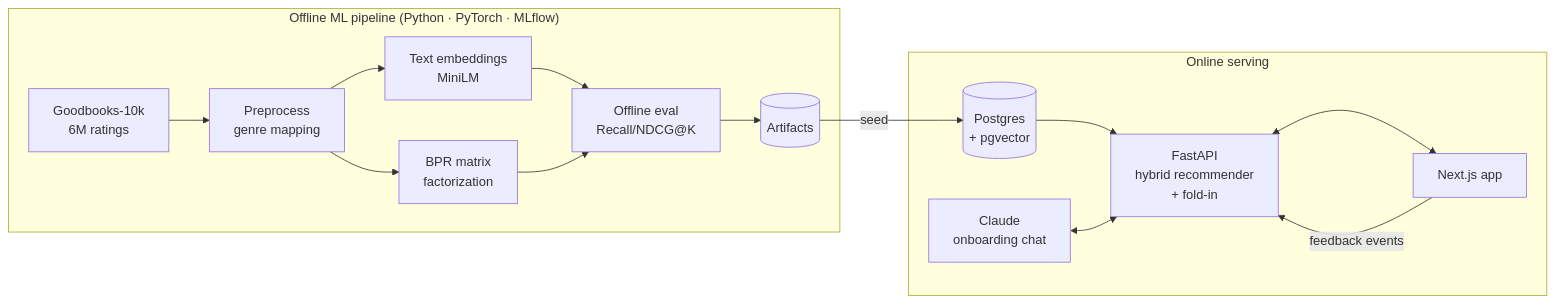
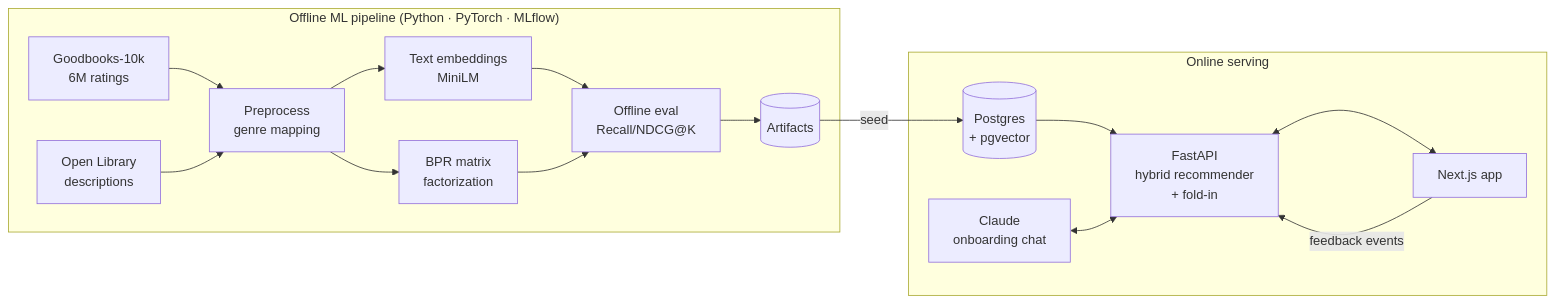
The diagram in README.md (basharfkhan/alexandria), drawn with Mermaid before and after one commit. The commit also changed other lines of this file and 6 other files, not shown here.

First line of the commit message:
Document Open Library enrichment results and re-tune on final embeddings

````diff
--- a/README.md
+++ b/README.md
@@ -25,17 +25,18 @@
 ```mermaid
 flowchart LR
     subgraph Offline["Offline ML pipeline (Python · PyTorch · MLflow)"]
         D[Goodbooks-10k<br/>6M ratings] --> P[Preprocess<br/>genre mapping]
+        OL[Open Library<br/>descriptions] --> P
         P --> E[Text embeddings<br/>MiniLM]
         P --> B[BPR matrix<br/>factorization]
         E & B --> EV[Offline eval<br/>Recall/NDCG@K]
         EV --> A[(Artifacts)]
     end
     A -- seed --> DB[(Postgres<br/>+ pgvector)]
     subgraph Online["Online serving"]
         DB --> API[FastAPI<br/>hybrid recommender<br/>+ fold-in]
         LLM[Claude<br/>onboarding chat] <--> API
         API <--> WEB[Next.js app]
     end
     WEB -- feedback events --> API
 ```
````
